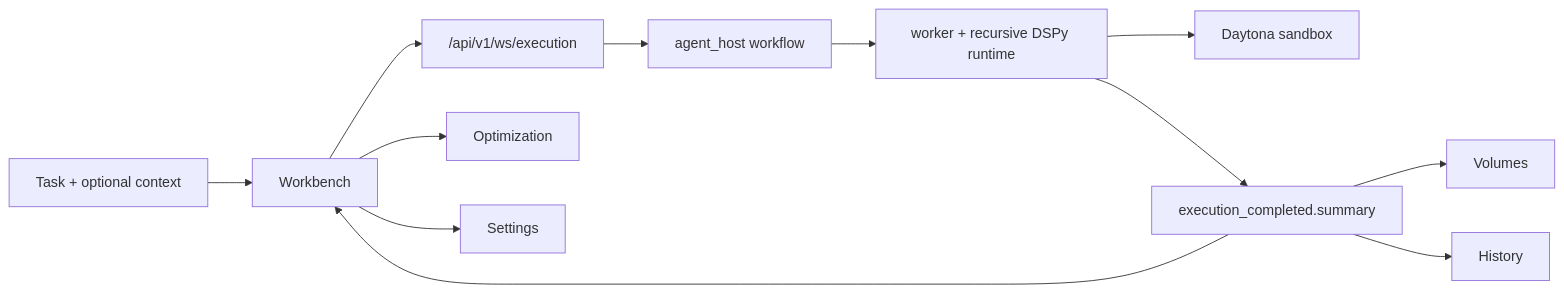
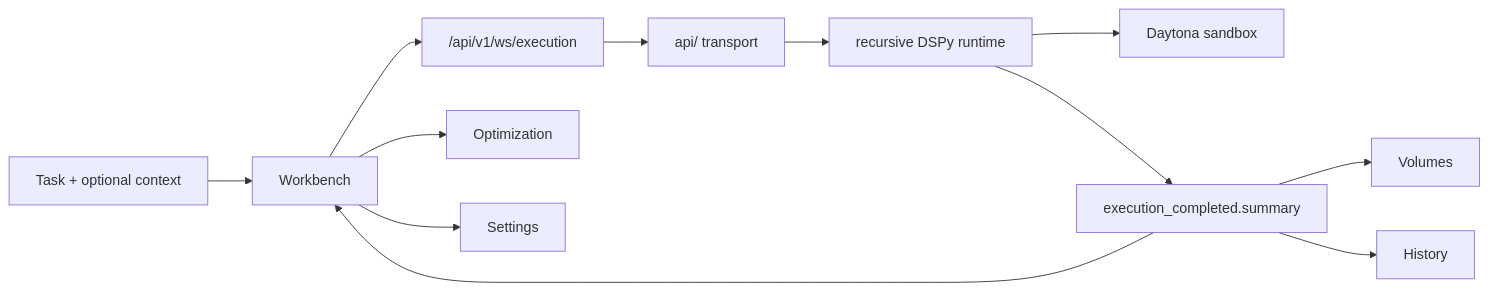
One commit to Qredence/fleet-rlm changed the diagram in docs/explanation/product-spec.md. Above: the diagram before and after it, drawn with Mermaid. The commit also changed 9 other files, not shown here.

````diff
--- a/docs/explanation/product-spec.md
+++ b/docs/explanation/product-spec.md
@@ -227,14 +227,14 @@
 ```mermaid
 flowchart LR
   User["Task + optional context"] --> Workbench["Workbench"]
   Workbench --> WS["/api/v1/ws/execution"]
-  WS --> Host["agent_host workflow"]
-  Host --> Runtime["worker + recursive DSPy runtime"]
+  WS --> Transport["api/ transport"]
+  Transport --> Runtime["recursive DSPy runtime"]
   Runtime --> Daytona["Daytona sandbox"]
   Runtime --> Summary["execution_completed.summary"]
   Summary --> Workbench
   Summary --> Volumes["Volumes"]
   Summary --> History["History"]
   Workbench --> Optimize["Optimization"]
   Workbench --> Settings["Settings"]
 ```
````
